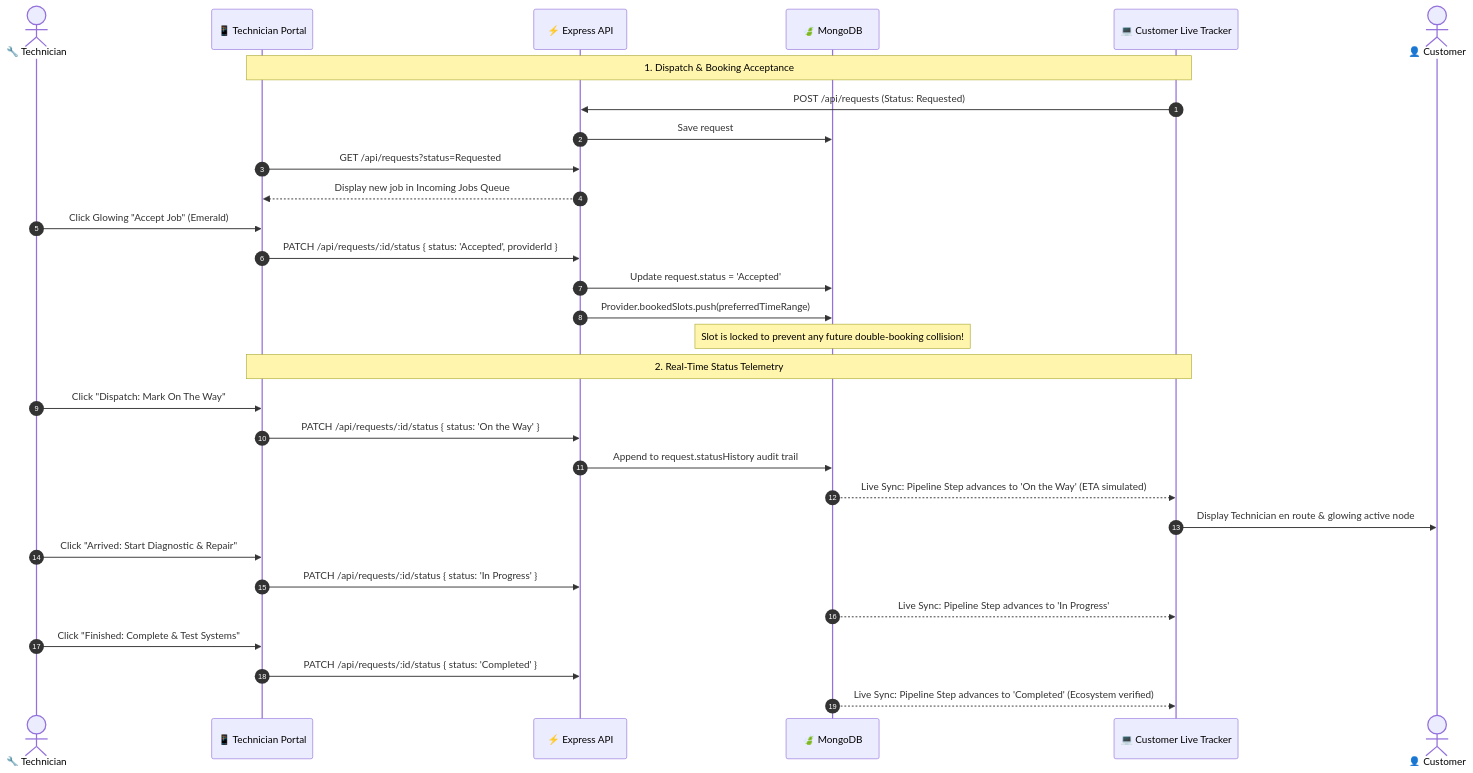
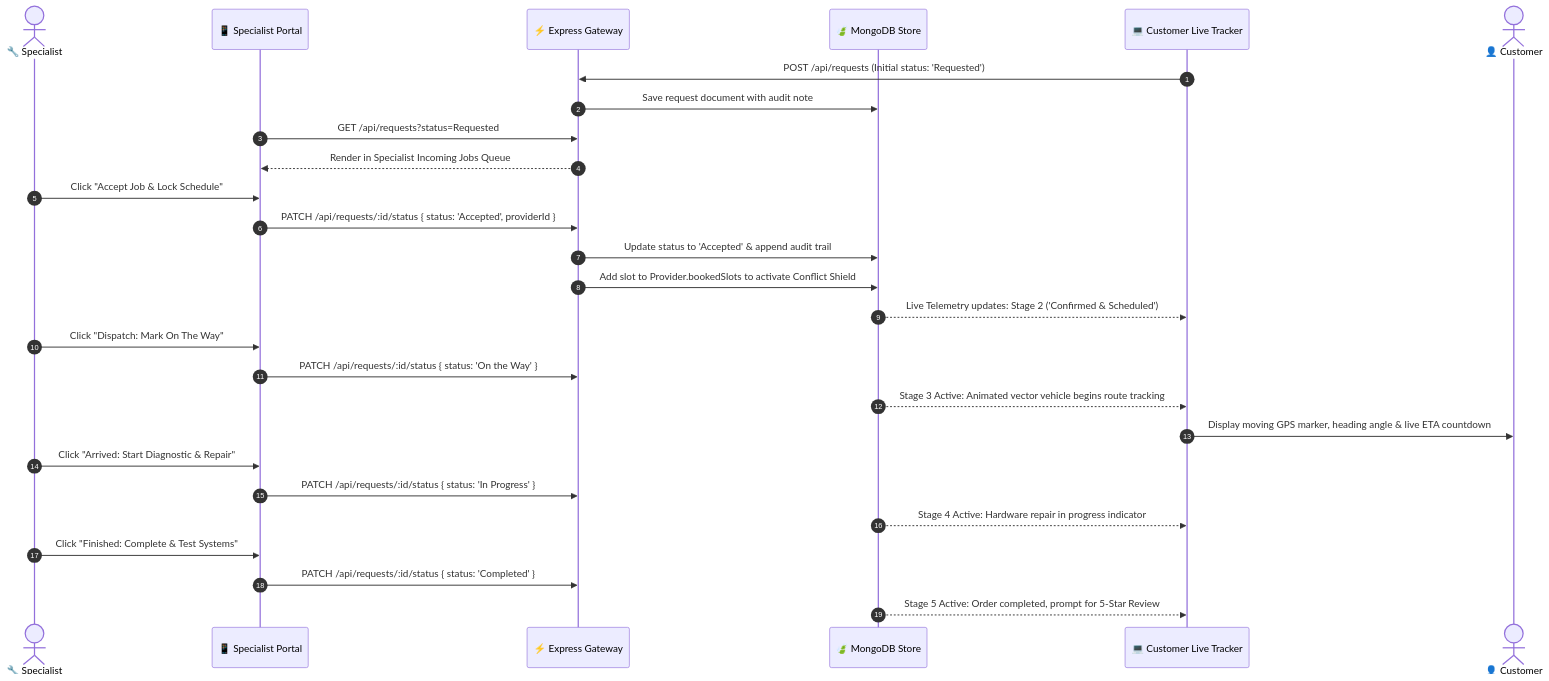
The third of 4 diagrams in README.md (asnayem1122/OmniSync), drawn with Mermaid before and after one commit. The commit also changed other lines of this file, not shown here.

Commit message:
docs: comprehensive README overhaul with sequence tables, full feature matrix, tech stack breakdown, and Dhaka BDT currency standard

````diff
--- a/README.md
+++ b/README.md
@@ -123,36 +161,34 @@
 ```mermaid
 sequenceDiagram
     autonumber
-    actor Tech as 🔧 Technician
-    participant TechUI as 📱 Technician Portal
-    participant API as ⚡ Express API
-    participant DB as 🍃 MongoDB
+    actor Tech as 🔧 Specialist
+    participant TechUI as 📱 Specialist Portal
+    participant API as ⚡ Express Gateway
+    participant DB as 🍃 MongoDB Store
     participant CustUI as 💻 Customer Live Tracker
     actor Cust as 👤 Customer
 
-    Note over TechUI,CustUI: 1. Dispatch & Booking Acceptance
-    CustUI->>API: POST /api/requests (Status: Requested)
-    API->>DB: Save request
+    CustUI->>API: POST /api/requests (Initial status: 'Requested')
+    API->>DB: Save request document with audit note
     TechUI->>API: GET /api/requests?status=Requested
-    API-->>TechUI: Display new job in Incoming Jobs Queue
-    Tech->>TechUI: Click Glowing "Accept Job" (Emerald)
+    API-->>TechUI: Render in Specialist Incoming Jobs Queue
+
+    Tech->>TechUI: Click "Accept Job & Lock Schedule"
     TechUI->>API: PATCH /api/requests/:id/status { status: 'Accepted', providerId }
-    API->>DB: Update request.status = 'Accepted'
-    API->>DB: Provider.bookedSlots.push(preferredTimeRange)
-    Note over DB: Slot is locked to prevent any future double-booking collision!
+    API->>DB: Update status to 'Accepted' & append audit trail
+    API->>DB: Add slot to Provider.bookedSlots to activate Conflict Shield
+    DB-->>CustUI: Live Telemetry updates: Stage 2 ('Confirmed & Scheduled')
 
-    Note over TechUI,CustUI: 2. Real-Time Status Telemetry
     Tech->>TechUI: Click "Dispatch: Mark On The Way"
     TechUI->>API: PATCH /api/requests/:id/status { status: 'On the Way' }
-    API->>DB: Append to request.statusHistory audit trail
-    DB-->>CustUI: Live Sync: Pipeline Step advances to 'On the Way' (ETA simulated)
-    CustUI->>Cust: Display Technician en route & glowing active node
+    DB-->>CustUI: Stage 3 Active: Animated vector vehicle begins route tracking
+    CustUI->>Cust: Display moving GPS marker, heading angle & live ETA countdown
 
     Tech->>TechUI: Click "Arrived: Start Diagnostic & Repair"
     TechUI->>API: PATCH /api/requests/:id/status { status: 'In Progress' }
-    DB-->>CustUI: Live Sync: Pipeline Step advances to 'In Progress'
+    DB-->>CustUI: Stage 4 Active: Hardware repair in progress indicator
 
     Tech->>TechUI: Click "Finished: Complete & Test Systems"
     TechUI->>API: PATCH /api/requests/:id/status { status: 'Completed' }
-    DB-->>CustUI: Live Sync: Pipeline Step advances to 'Completed' (Ecosystem verified)
+    DB-->>CustUI: Stage 5 Active: Order completed, prompt for 5-Star Review
 ```
````
